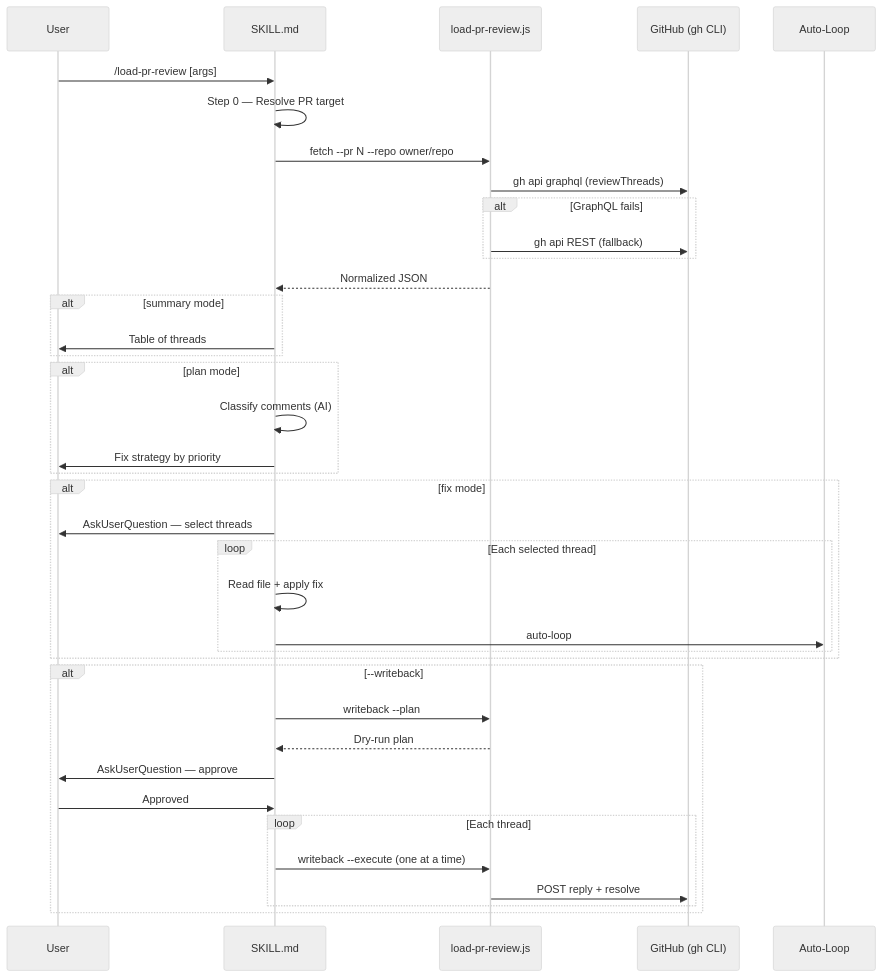
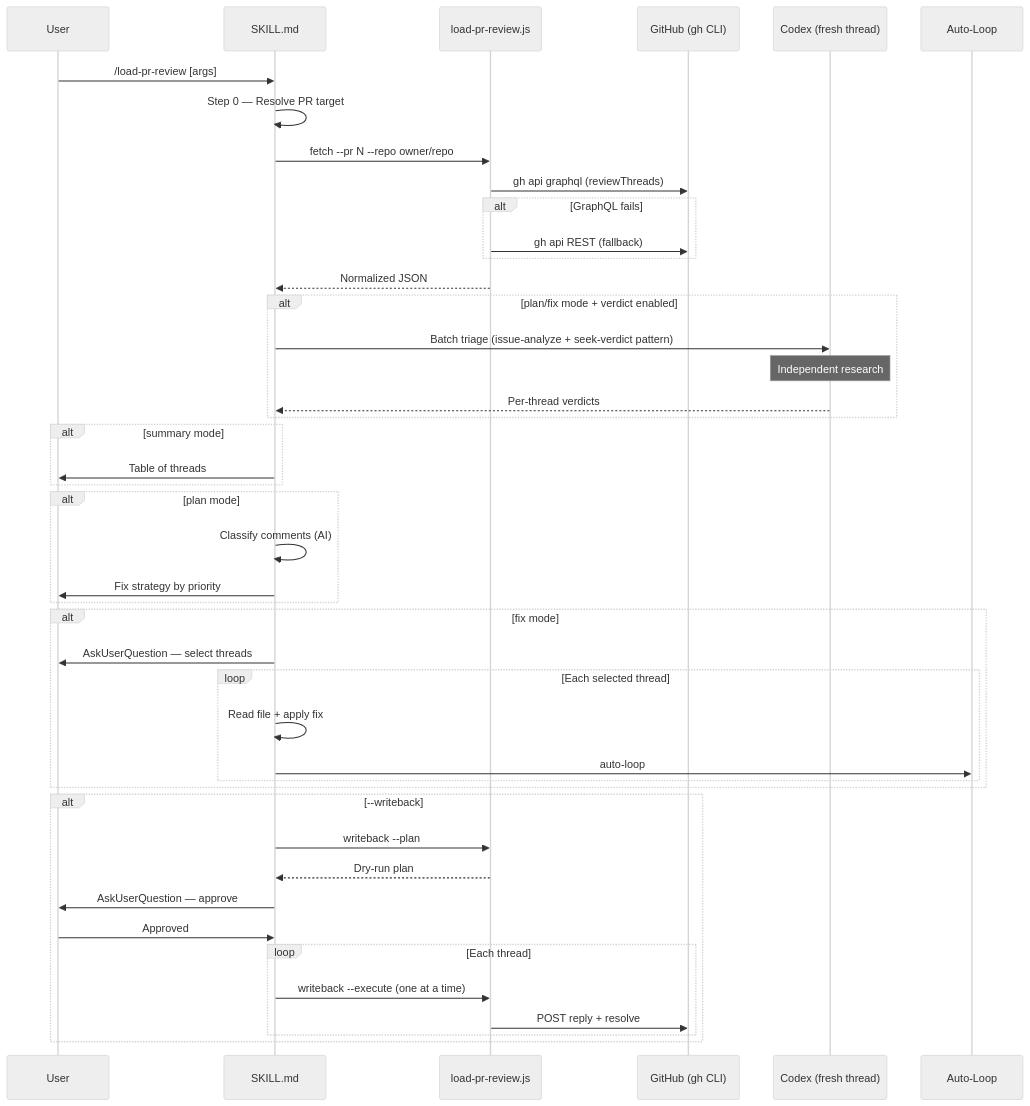
Before and after one commit to jupiter-Pulin/Uranus-dev-flow: the diagram in skills/load-pr-review/SKILL.md, drawn with Mermaid (neutral theme). The commit also changed other lines of this file and 7 other files, not shown here.

First line of the commit message:
feat: Add verdict assessment to /issue-analyze and /load-pr-review

````diff
--- a/skills/load-pr-review/SKILL.md
+++ b/skills/load-pr-review/SKILL.md
@@ -32,46 +32,53 @@
 ```mermaid
 sequenceDiagram
     participant U as User
     participant SK as SKILL.md
     participant JS as load-pr-review.js
     participant GH as GitHub (gh CLI)
+    participant CX as Codex (fresh thread)
     participant AL as Auto-Loop
 
     U->>SK: /load-pr-review [args]
     SK->>SK: Step 0 — Resolve PR target
 
     SK->>JS: fetch --pr N --repo owner/repo
     JS->>GH: gh api graphql (reviewThreads)
     alt GraphQL fails
         JS->>GH: gh api REST (fallback)
     end
     JS-->>SK: Normalized JSON
+
+    alt plan/fix mode + verdict enabled
+        SK->>CX: Batch triage (issue-analyze + seek-verdict pattern)
+        Note over CX: Independent research
+        CX-->>SK: Per-thread verdicts
+    end
 
     alt summary mode
         SK->>U: Table of threads
     end
 
     alt plan mode
         SK->>SK: Classify comments (AI)
         SK->>U: Fix strategy by priority
     end
 
     alt fix mode
         SK->>U: AskUserQuestion — select threads
         loop Each selected thread
             SK->>SK: Read file + apply fix
             SK->>AL: auto-loop
         end
     end
 
     alt --writeback
         SK->>JS: writeback --plan
         JS-->>SK: Dry-run plan
         SK->>U: AskUserQuestion — approve
         U->>SK: Approved
         loop Each thread
             SK->>JS: writeback --execute (one at a time)
             JS->>GH: POST reply + resolve
         end
     end
 ```
````
